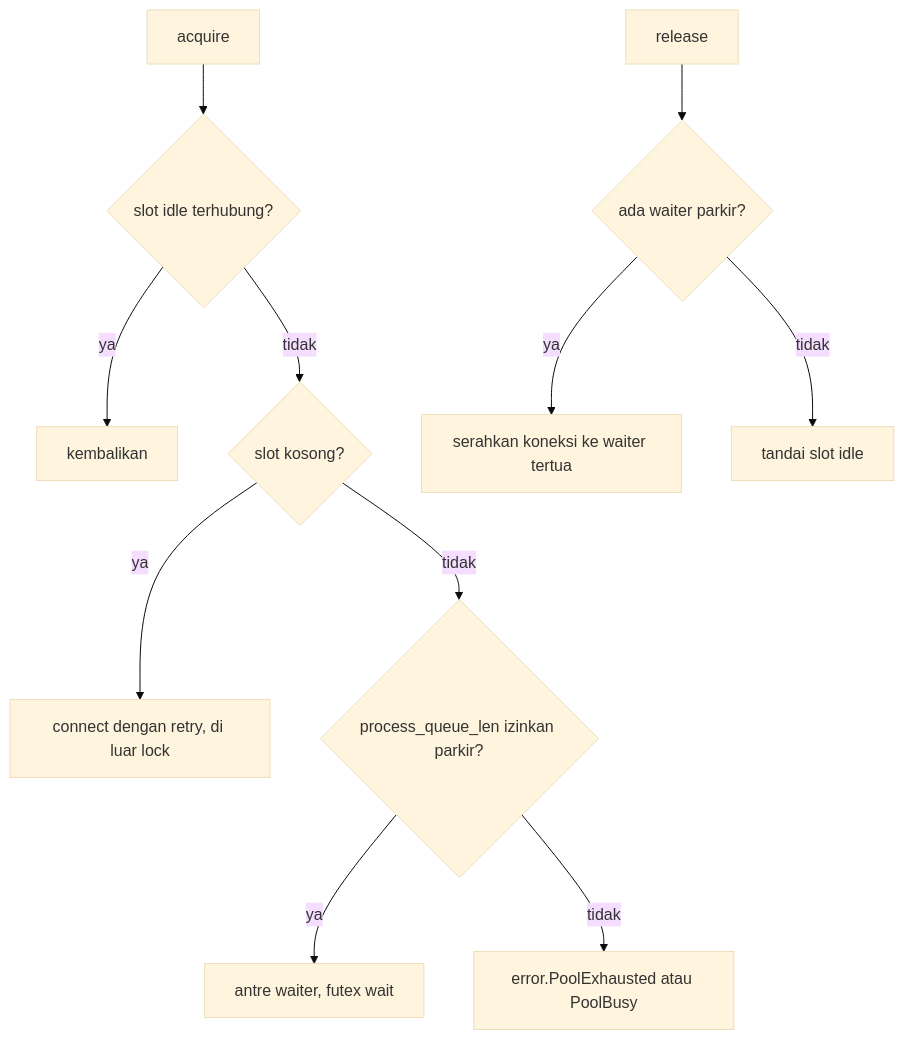
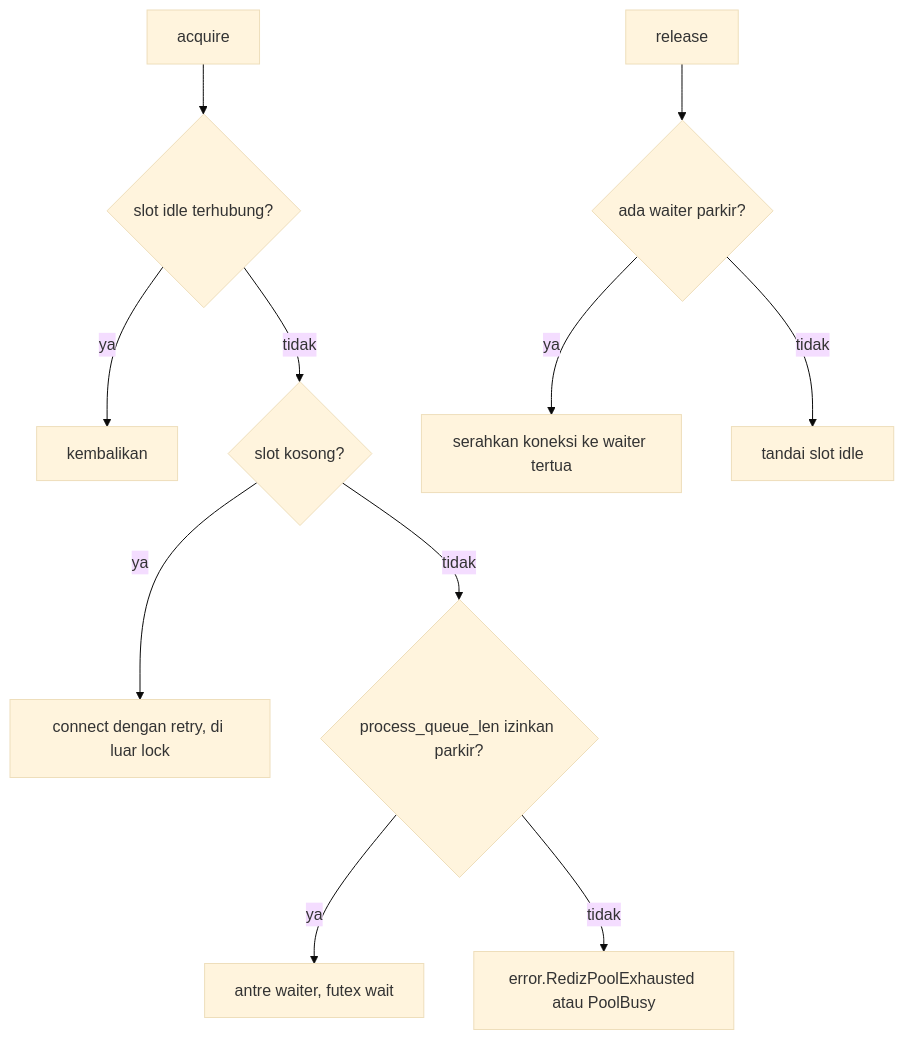
The fourth of 4 diagrams in docs/driver/rediz/lld-id.md (prothegee/zix), drawn with Mermaid (base theme) before and after one commit. The commit also changed other lines of this file and 410 other files, not shown here.

````diff
--- a/docs/driver/rediz/lld-id.md
+++ b/docs/driver/rediz/lld-id.md
@@ -121,13 +121,13 @@
 ```mermaid
 flowchart TB
     acq[acquire] --> idle{slot idle terhubung?}
     idle -->|ya| hand[kembalikan]
     idle -->|tidak| empty{slot kosong?}
     empty -->|ya| conn[connect dengan retry, di luar lock]
     empty -->|tidak| park{process_queue_len izinkan parkir?}
     park -->|ya| wait[antre waiter, futex wait]
-    park -->|tidak| shed[error.PoolExhausted atau PoolBusy]
+    park -->|tidak| shed[error.RedizPoolExhausted atau PoolBusy]
     rel[release] --> waiter{ada waiter parkir?}
     waiter -->|ya| grant[serahkan koneksi ke waiter tertua]
     waiter -->|tidak| back[tandai slot idle]
 ```
````
